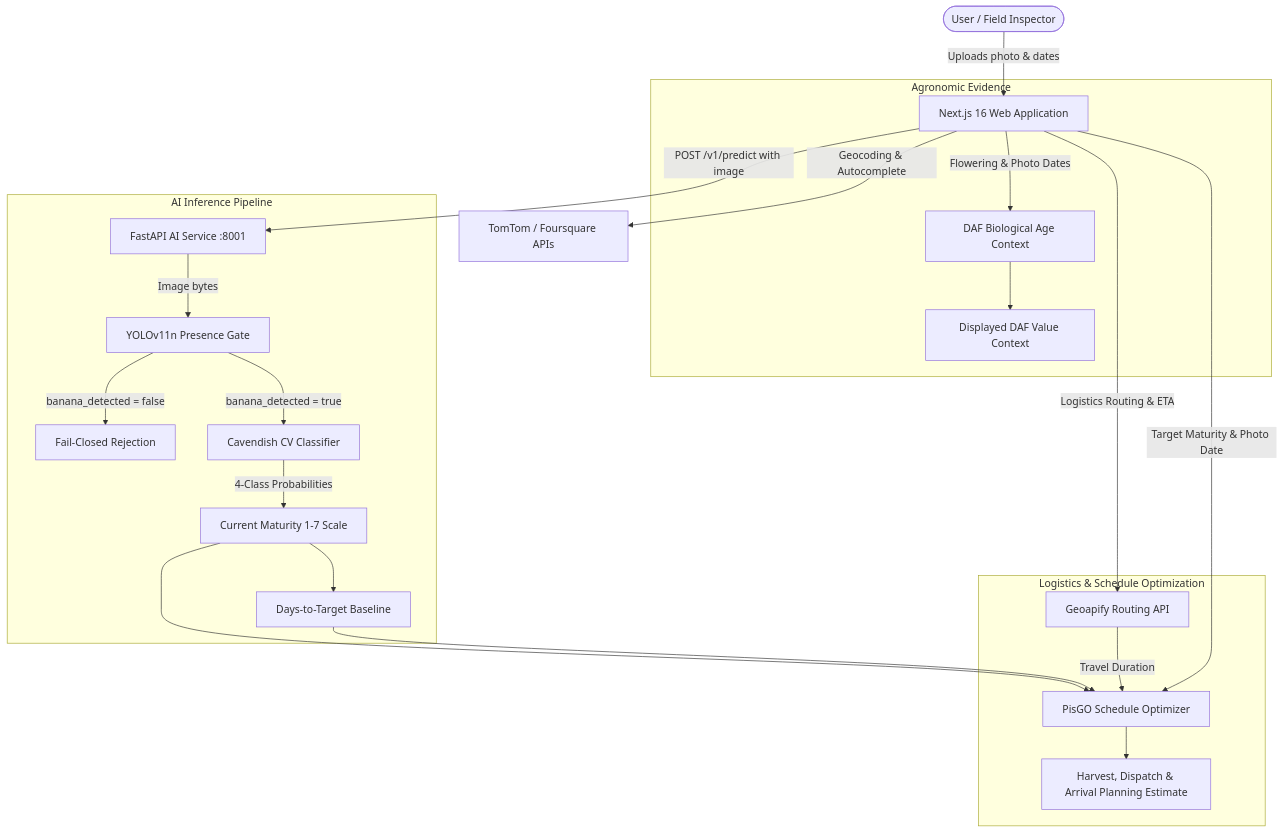
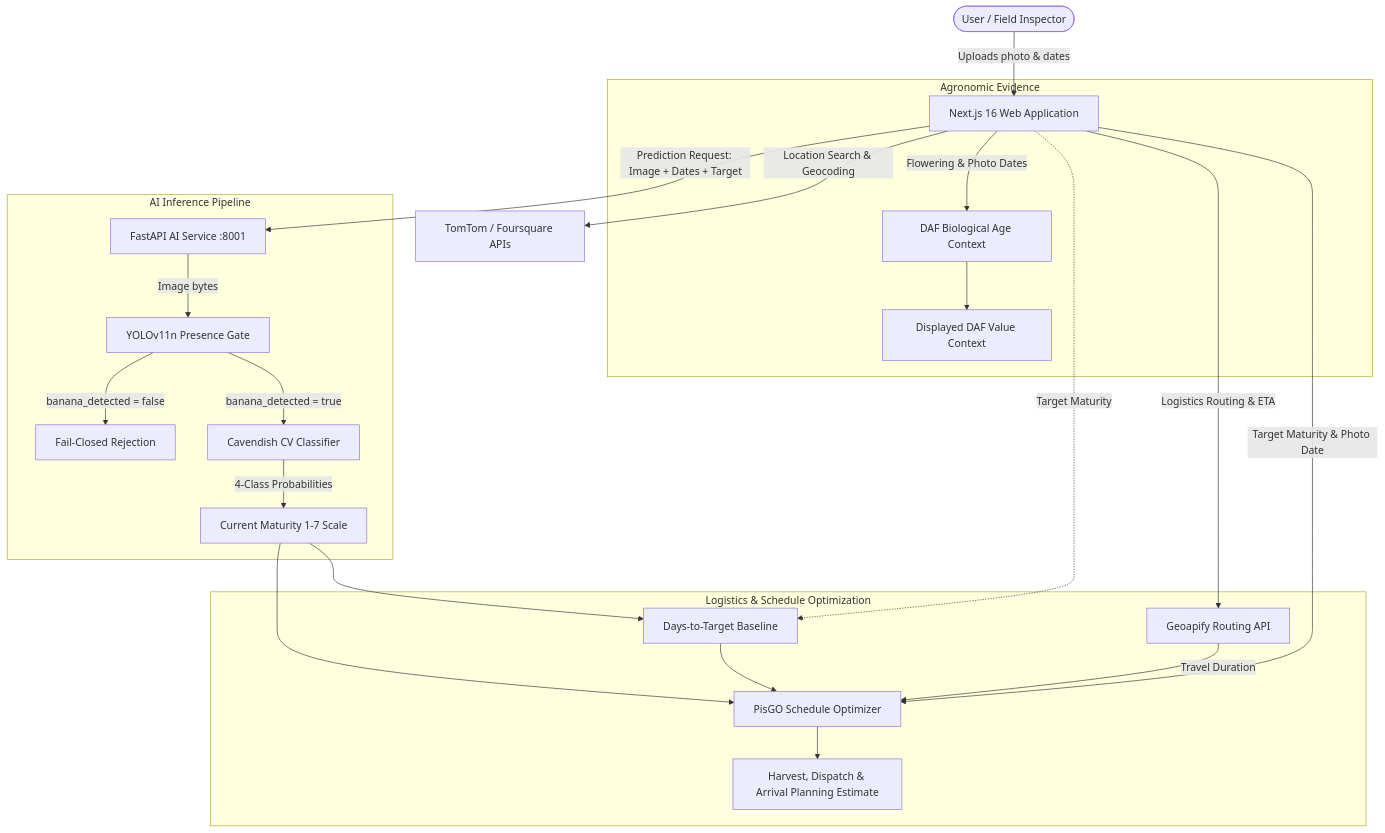
Before and after one commit to Vluuuu/pisgo: the diagram in README.md, drawn with Mermaid. The commit also changed other lines of this file and 19 other files, not shown here.

````diff
--- a/README.md
+++ b/README.md
@@ -32,28 +31,29 @@
 ```mermaid
 graph TD
     User([User / Field Inspector]) -->|Uploads photo & dates| WebApp[Next.js 16 Web Application]
-    WebApp -->|Geocoding & Autocomplete| TomTom[TomTom / Foursquare APIs]
+    WebApp -->|Location Search & Geocoding| TomTom[TomTom / Foursquare APIs]
     WebApp -->|Logistics Routing & ETA| Geoapify[Geoapify Routing API]
-    WebApp -->|POST /v1/predict with image| AIService[FastAPI AI Service :8001]
+    WebApp -->|Prediction Request: Image + Dates + Target| AIService[FastAPI AI Service :8001]
 
     subgraph "AI Inference Pipeline"
         AIService -->|Image bytes| YOLO[YOLOv11n Presence Gate]
         YOLO -->|banana_detected = false| Reject[Fail-Closed Rejection]
         YOLO -->|banana_detected = true| Classifier[Cavendish CV Classifier]
         Classifier -->|4-Class Probabilities| MaturityBlend[Current Maturity 1-7 Scale]
-        MaturityBlend --> DaysToTarget[Days-to-Target Baseline]
     end
 
     subgraph "Agronomic Evidence"
         WebApp -->|Flowering & Photo Dates| DAFCalc[DAF Biological Age Context]
         DAFCalc --> DAFDisplay[Displayed DAF Value Context]
     end
 
     subgraph "Logistics & Schedule Optimization"
+        MaturityBlend --> DaysToTarget[Days-to-Target Baseline]
+        WebApp -.->|Target Maturity| DaysToTarget
         MaturityBlend --> Optimizer[PisGO Schedule Optimizer]
         DaysToTarget --> Optimizer
         Geoapify -->|Travel Duration| Optimizer
         WebApp -->|Target Maturity & Photo Date| Optimizer
         Optimizer --> Output[Harvest, Dispatch & Arrival Planning Estimate]
     end
 ```
````
